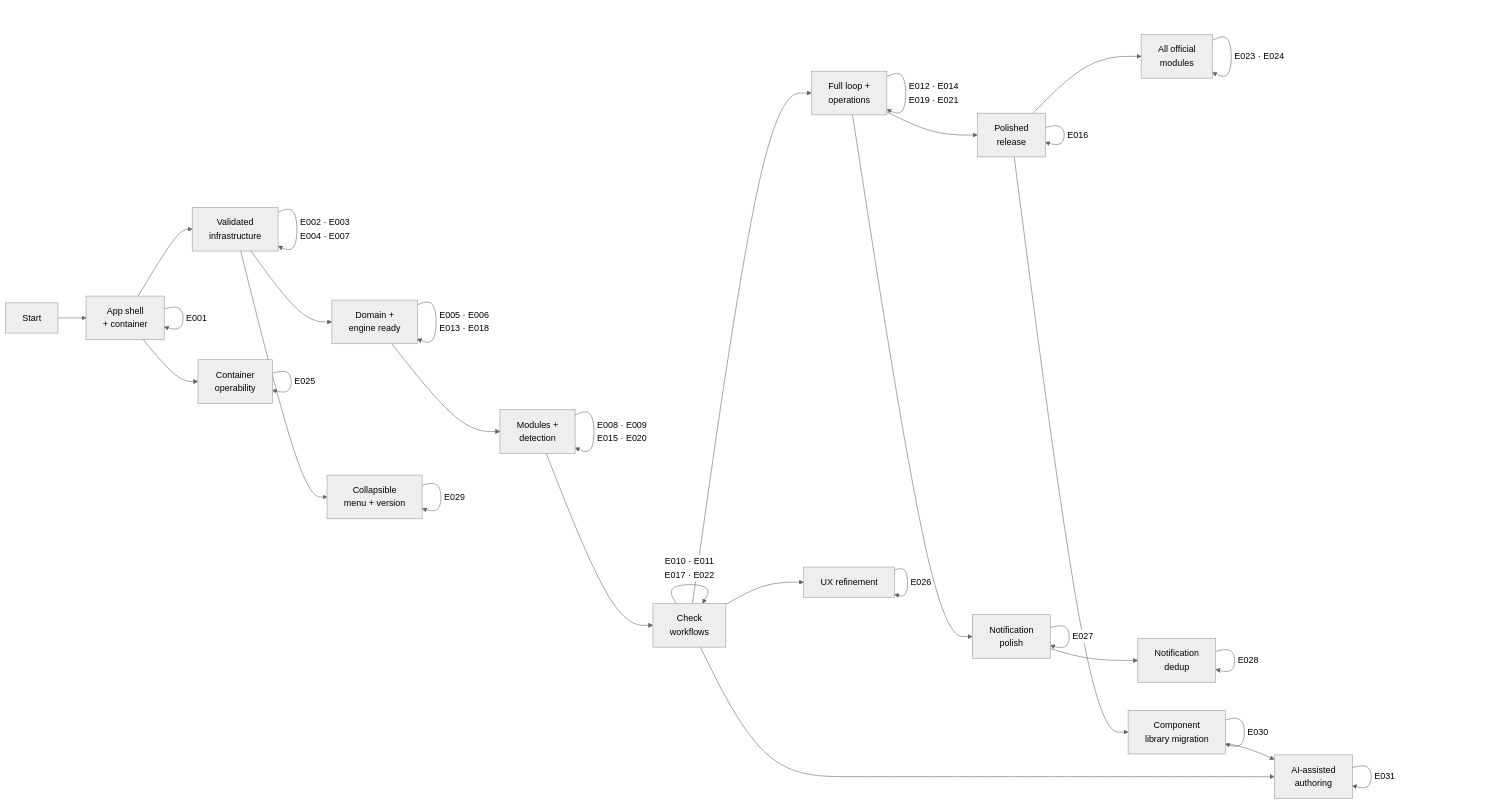
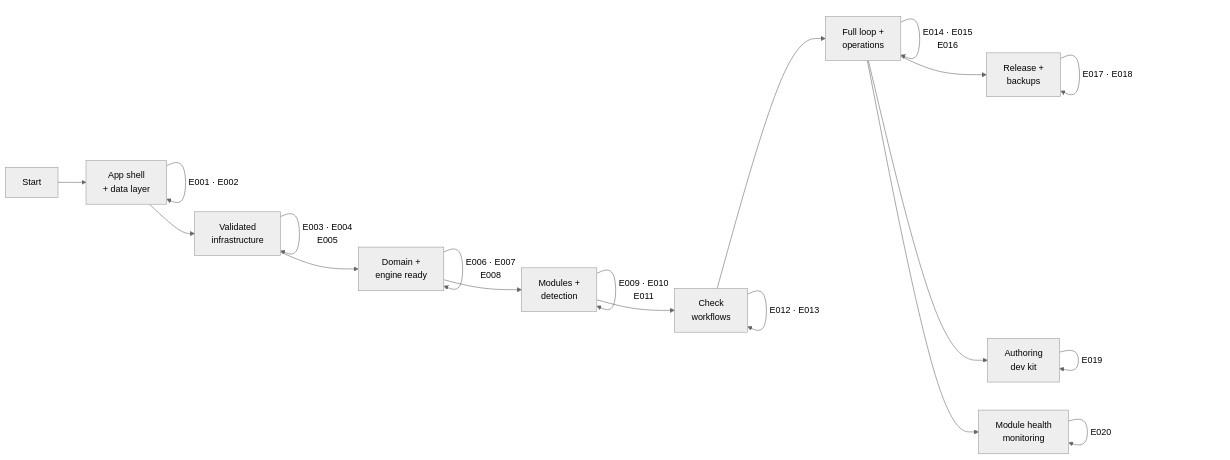
The diagram in specs/project-plan.md (attilaszasz/Binocular), drawn with Mermaid (neutral theme) before and after one commit. The commit also changed other lines of this file and 754 other files, not shown here.

````diff
--- a/specs/project-plan.md
+++ b/specs/project-plan.md
@@ -128,48 +85,29 @@
 ```mermaid
 graph LR
-    START["Start"] --> M1["App shell<br>+ container"]
-    M1 -->|E001| M1
+    START["Start"] --> M1["App shell<br>+ data layer"]
+    M1 -->|"E001 · E002"| M1
 
     M1 --> M2["Validated<br>infrastructure"]
-    M2 -->|"E002 · E003<br>E004 · E007"| M2
+    M2 -->|"E003 · E004<br>E005"| M2
 
     M2 --> M3["Domain +<br>engine ready"]
-    M3 -->|"E005 · E006<br>E013 · E018"| M3
+    M3 -->|"E006 · E007<br>E008"| M3
 
     M3 --> M4["Modules +<br>detection"]
-    M4 -->|"E008 · E009<br>E015 · E020"| M4
+    M4 -->|"E009 · E010<br>E011"| M4
 
     M4 --> M5["Check<br>workflows"]
-    M5 -->|"E010 · E011<br>E017 · E022"| M5
+    M5 -->|"E012 · E013"| M5
 
     M5 --> M6["Full loop +<br>operations"]
-    M6 -->|"E012 · E014<br>E019 · E021"| M6
+    M6 -->|"E014 · E015<br>E016"| M6
 
-    M6 --> M7["Polished<br>release"]
-    M7 -->|E016| M7
+    M6 --> M7["Release +<br>backups"]
+    M7 -->|"E017 · E018"| M7
 
-    M7 --> M8["All official<br>modules"]
-    M8 -->|"E023 · E024"| M8
+    M6 --> M8["Authoring<br>dev kit"]
+    M8 -->|"E019"| M8
 
-    M1 --> M9["Container<br>operability"]
-    M9 -->|E025| M9
-
-    M5 --> M10["UX refinement"]
-    M10 -->|"E026"| M10
-
-    M6 --> M11["Notification<br>polish"]
-    M11 -->|"E027"| M11
-
-    M11 --> M12["Notification<br>dedup"]
-    M12 -->|"E028"| M12
-
-    M2 --> M13["Collapsible<br>menu + version"]
-    M13 -->|"E029"| M13
-
-    M7 --> M14["Component<br>library migration"]
-    M14 -->|"E030"| M14
-
-    M14 --> M15["AI-assisted<br>authoring"]
-    M5 --> M15
-    M15 -->|"E031"| M15
+    M6 --> M9["Module health<br>monitoring"]
+    M9 -->|"E020"| M9
 ```
````
